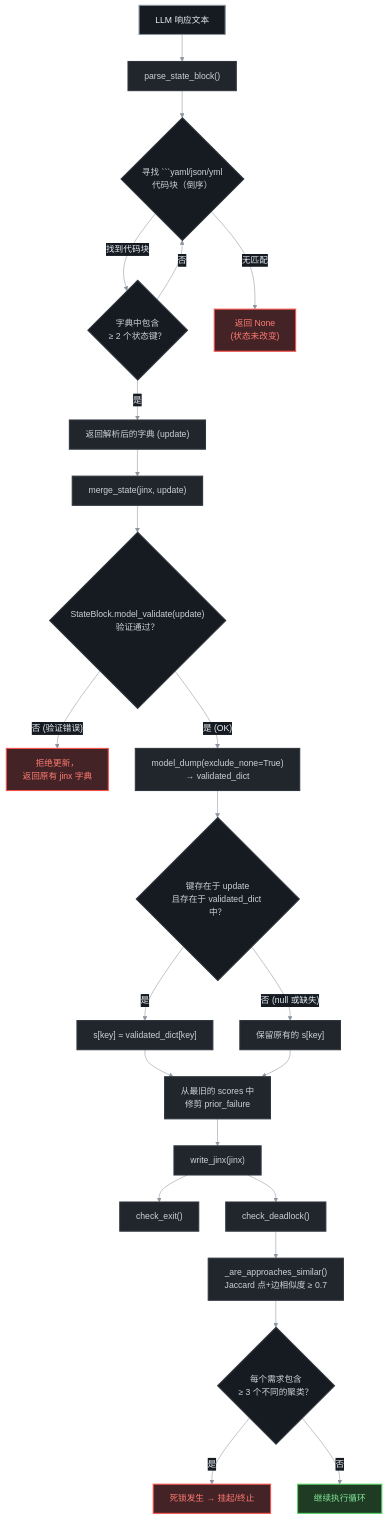
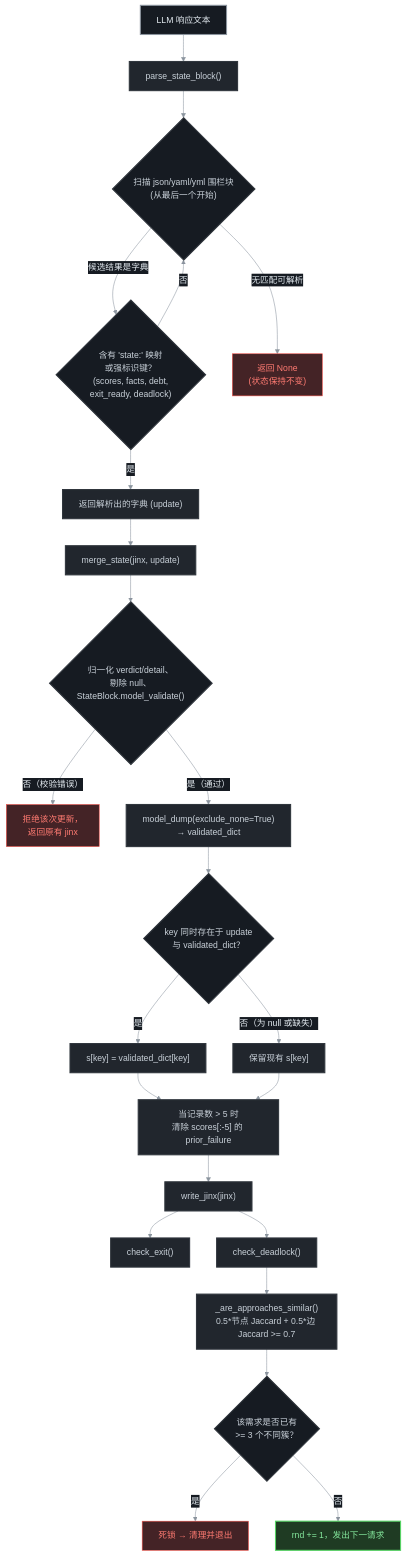
One commit to apxgpt/agent changed the third of 5 diagrams in README_ZH.md. Above: the diagram before and after it, drawn with Mermaid. The commit also changed other lines of this file and 24 other files, not shown here.

````diff
--- a/README_ZH.md
+++ b/README_ZH.md
@@ -226,34 +307,34 @@
 ```mermaid
 %%{init: {'theme': 'base', 'themeVariables': {"darkMode": true, "background": "#0d1117", "primaryColor": "#21262d", "primaryTextColor": "#e6edf3", "primaryBorderColor": "#8b949e", "lineColor": "#8b949e", "textColor": "#e6edf3", "edgeLabelBackground": "#161b22", "mainBkg": "#21262d", "nodeBorder": "#8b949e", "nodeTextColor": "#e6edf3"}}}%%
 flowchart TD
     classDef start fill:#161b22,stroke:#8b949e,stroke-width:2px,color:#e6edf3;
     classDef process fill:#21262d,stroke:#30363d,stroke-width:2px,color:#c9d1d9;
     classDef decision fill:#161b22,stroke:#30363d,stroke-width:2px,color:#c9d1d9;
     classDef success fill:#1f3b23,stroke:#56d364,stroke-width:2px,color:#85e89d;
-    classDef danger fill:#442326,stroke:#f85149,stroke-width:2px,color:#ff7b72;
+    classDef danger fill:#442326,stroke:#f85149,color:#ff7b72;
 
     A["LLM 响应文本"]:::start --> B["parse_state_block()"]:::process
-    B --> C{"寻找 ```yaml/json/yml<br/>代码块（倒序）"}:::decision
-    C -->|"找到代码块"| D{"字典中包含<br/>≥ 2 个状态键？"}:::decision
-    D -->|"是"| E["返回解析后的字典 (update)"]:::process
+    B --> C{"扫描 json/yaml/yml 围栏块<br/>(从最后一个开始)"}:::decision
+    C -->|"候选结果是字典"| D{"含有 'state:' 映射<br/>或强标识键？<br/>(scores, facts, debt,<br/>exit_ready, deadlock)"}:::decision
+    D -->|"是"| E["返回解析出的字典 (update)"]:::process
     D -->|"否"| C
-    C -->|"无匹配"| F["返回 None<br/>(状态未改变)"]:::danger
+    C -->|"无匹配可解析"| F["返回 None<br/>(状态保持不变)"]:::danger
 
     E --> G["merge_state(jinx, update)"]:::process
-    G --> H{"StateBlock.model_validate(update)<br/>验证通过？"}:::decision
-    H -->|"否 (验证错误)"| I["拒绝更新，<br/>返回原有 jinx 字典"]:::danger
-    H -->|"是 (OK)"| J["model_dump(exclude_none=True)<br/>→ validated_dict"]:::process
-    J --> K{"键存在于 update<br/>且存在于 validated_dict 中？"}:::decision
+    G --> H{"归一化 verdict/detail、<br/>剔除 null、<br/>StateBlock.model_validate()"}:::decision
+    H -->|"否（校验错误）"| I["拒绝该次更新，<br/>返回原有 jinx"]:::danger
+    H -->|"是（通过）"| J["model_dump(exclude_none=True)<br/>→ validated_dict"]:::process
+    J --> K{"key 同时存在于 update<br/>与 validated_dict？"}:::decision
     K -->|"是"| L["s[key] = validated_dict[key]"]:::process
-    K -->|"否 (null 或缺失)"| M["保留原有的 s[key]"]:::process
-    L --> N["从最旧的 scores 中<br/>修剪 prior_failure"]:::process
+    K -->|"否（为 null 或缺失）"| M["保留现有 s[key]"]:::process
+    L --> N["当记录数 > 5 时<br/>清除 scores[:-5] 的 prior_failure"]:::process
     M --> N
     N --> O["write_jinx(jinx)"]:::process
 
     O --> P["check_exit()"]:::process
     O --> Q["check_deadlock()"]:::process
-    Q --> R["_are_approaches_similar()<br/>Jaccard 点+边相似度 ≥ 0.7"]:::process
-    R --> S{"每个需求包含<br/>≥ 3 个不同的聚类？"}:::decision
-    S -->|"是"| T["死锁发生 → 挂起/终止"]:::danger
-    S -->|"否"| U["继续执行循环"]:::success
+    Q --> R["_are_approaches_similar()<br/>0.5*节点 Jaccard + 0.5*边 Jaccard >= 0.7"]:::process
+    R --> S{"该需求是否已有<br/>>= 3 个不同簇？"}:::decision
+    S -->|"是"| T["死锁 → 清理并退出"]:::danger
+    S -->|"否"| U["rnd += 1，发出下一请求"]:::success
 ```
````
